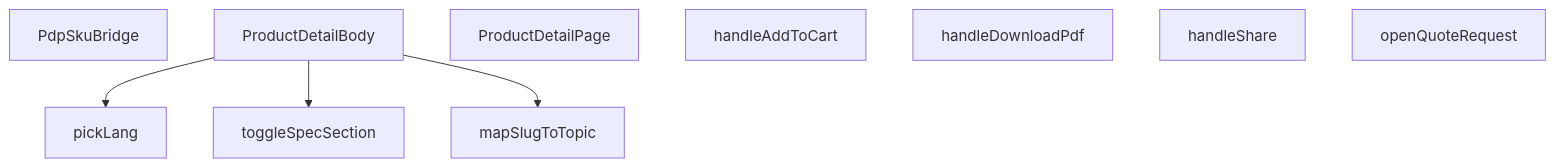
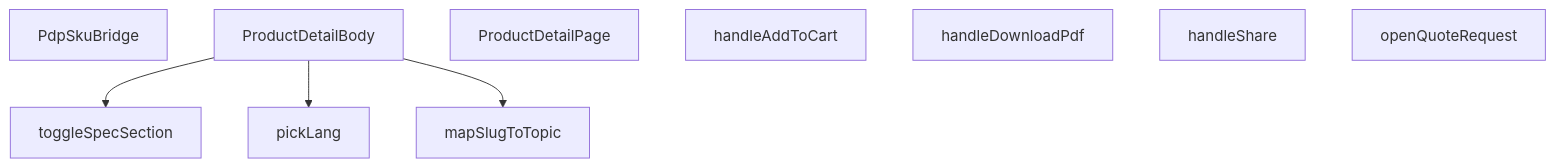
The diagram in src/app/_components/ProductDetailPageView.md (peckop/venthub-hvac-esite), drawn with Mermaid before and after one commit. The commit also changed other lines of this file and 11 other files, not shown here.

````diff
--- a/src/app/_components/ProductDetailPageView.md
+++ b/src/app/_components/ProductDetailPageView.md
@@ -319,16 +319,16 @@
 ```mermaid
 graph TD
     ProductDetailPageView_tsx__PdpSkuBridge["PdpSkuBridge"]
     ProductDetailPageView_tsx__ProductDetailBody["ProductDetailBody"]
     ProductDetailPageView_tsx__ProductDetailPage["ProductDetailPage"]
     ProductDetailPageView_tsx__handleAddToCart["handleAddToCart"]
     ProductDetailPageView_tsx__handleDownloadPdf["handleDownloadPdf"]
     ProductDetailPageView_tsx__handleShare["handleShare"]
     ProductDetailPageView_tsx__mapSlugToTopic["mapSlugToTopic"]
     ProductDetailPageView_tsx__openQuoteRequest["openQuoteRequest"]
     ProductDetailPageView_tsx__pickLang["pickLang"]
     ProductDetailPageView_tsx__toggleSpecSection["toggleSpecSection"]
+    ProductDetailPageView_tsx__ProductDetailBody --> ProductDetailPageView_tsx__toggleSpecSection
     ProductDetailPageView_tsx__ProductDetailBody --> ProductDetailPageView_tsx__pickLang
-    ProductDetailPageView_tsx__ProductDetailBody --> ProductDetailPageView_tsx__toggleSpecSection
     ProductDetailPageView_tsx__ProductDetailBody --> ProductDetailPageView_tsx__mapSlugToTopic
 ```
````
